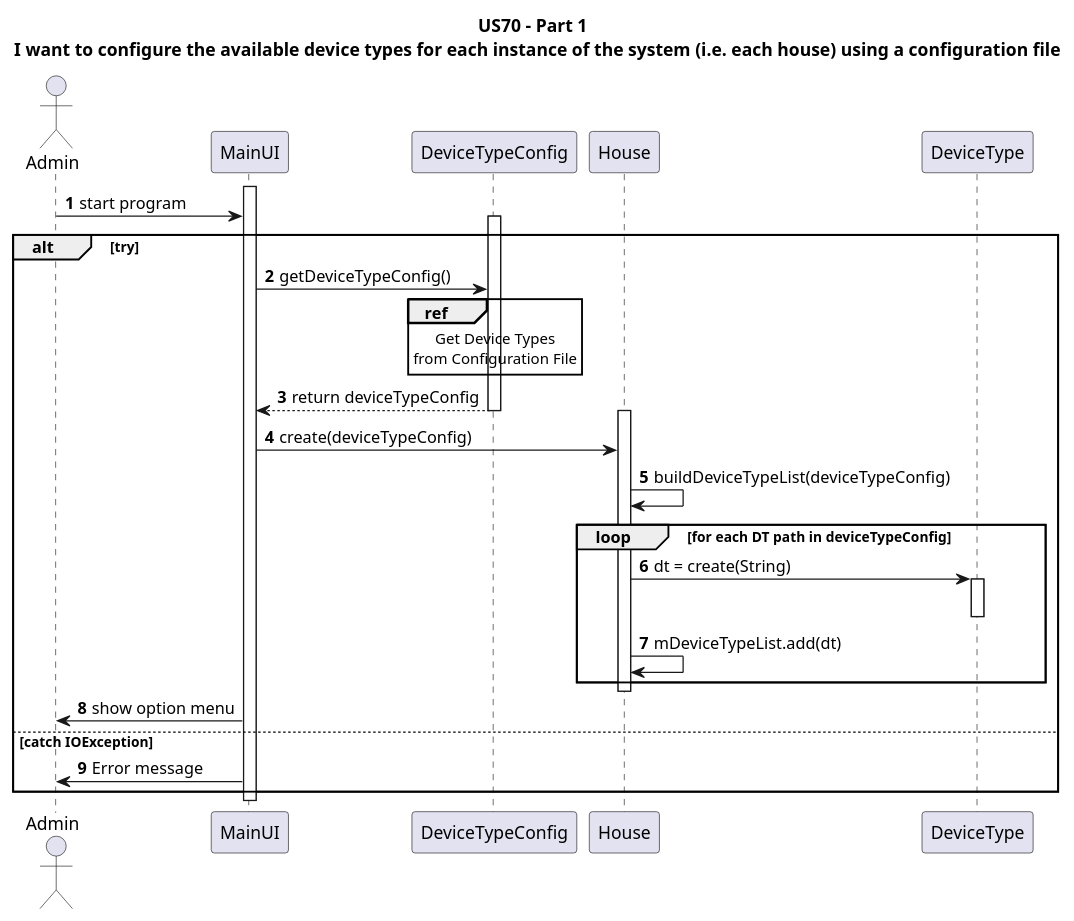
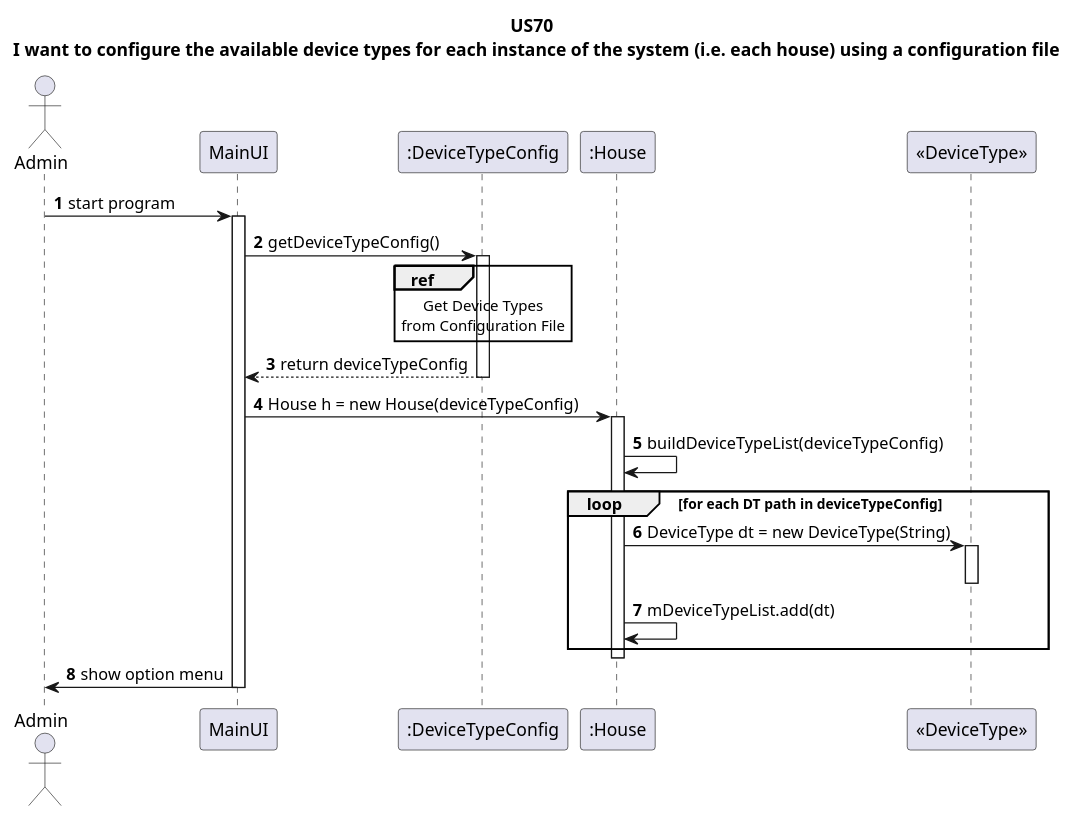
Before and after one commit to Almadanmp/project: the diagram in uml/US70/US70.puml, drawn with PlantUML. The commit also changed 3 other files, not shown here.

Commit message:
REF #96 adds UML Sequence Diagrams fixes TODOS on Device

```diff
--- a/uml/US70/US70.puml
+++ b/uml/US70/US70.puml
@@ -1,47 +1,41 @@
 @startuml
 
-title US70 - Part 1 \n I want to configure the available device types for each instance of the system (i.e. each house) using a configuration file
+title US70 \n I want to configure the available device types for each instance of the system (i.e. each house) using a configuration file
 
 autonumber
 
 actor Admin
+
+Admin -> MainUI: start program
 activate MainUI
-Admin -> MainUI: start program
 
-alt try
-activate DeviceTypeConfig
-MainUI -> DeviceTypeConfig: getDeviceTypeConfig()
-ref over DeviceTypeConfig
+MainUI -> ":DeviceTypeConfig": getDeviceTypeConfig()
+activate ":DeviceTypeConfig"
+ref over ":DeviceTypeConfig"
 Get Device Types
 from Configuration File
 end ref
 
-DeviceTypeConfig --> MainUI: return deviceTypeConfig
-deactivate DeviceTypeConfig
+":DeviceTypeConfig" --> MainUI: return deviceTypeConfig
+deactivate ":DeviceTypeConfig"
 
-activate House
-MainUI -> House: create(deviceTypeConfig)
+MainUI -> ":House": House h = new House(deviceTypeConfig)
+activate ":House"
 
-House -> House: buildDeviceTypeList(deviceTypeConfig)
+":House" -> ":House": buildDeviceTypeList(deviceTypeConfig)
 
 loop for each DT path in deviceTypeConfig
-House -> DeviceType: dt = create(String)
-activate DeviceType
-deactivate DeviceType
+":House" -> "<<DeviceType>>": DeviceType dt = new DeviceType(String)
+activate "<<DeviceType>>"
+deactivate "<<DeviceType>>"
 
-House -> House: mDeviceTypeList.add(dt)
-
+":House" -> ":House": mDeviceTypeList.add(dt)
 end
-deactivate House
-
+deactivate ":House"
 
 MainUI -> Admin: show option menu
 
-else catch IOException
-MainUI -> Admin: Error message
-
-end
 deactivate MainUI
 
 
 @enduml
```
